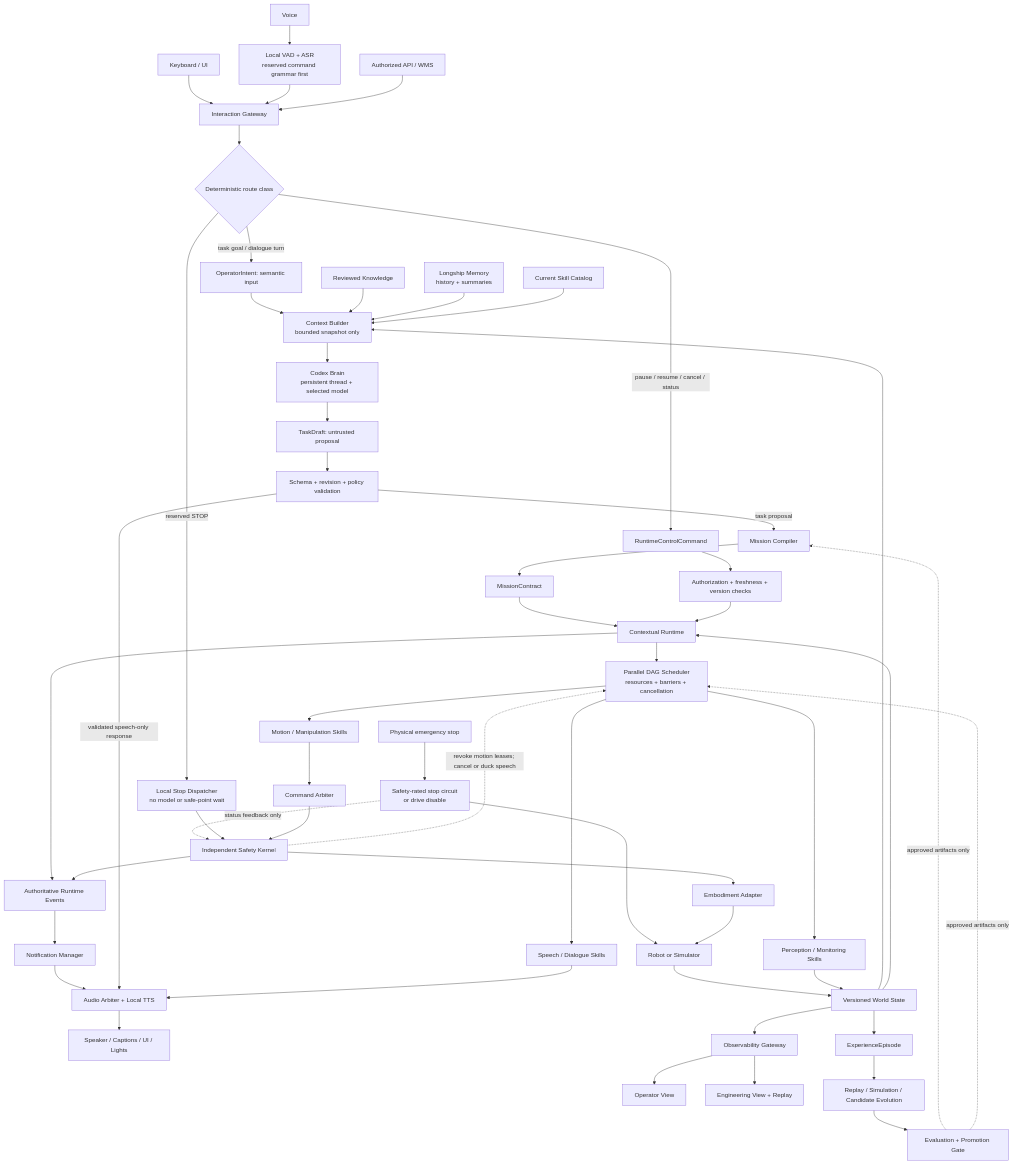
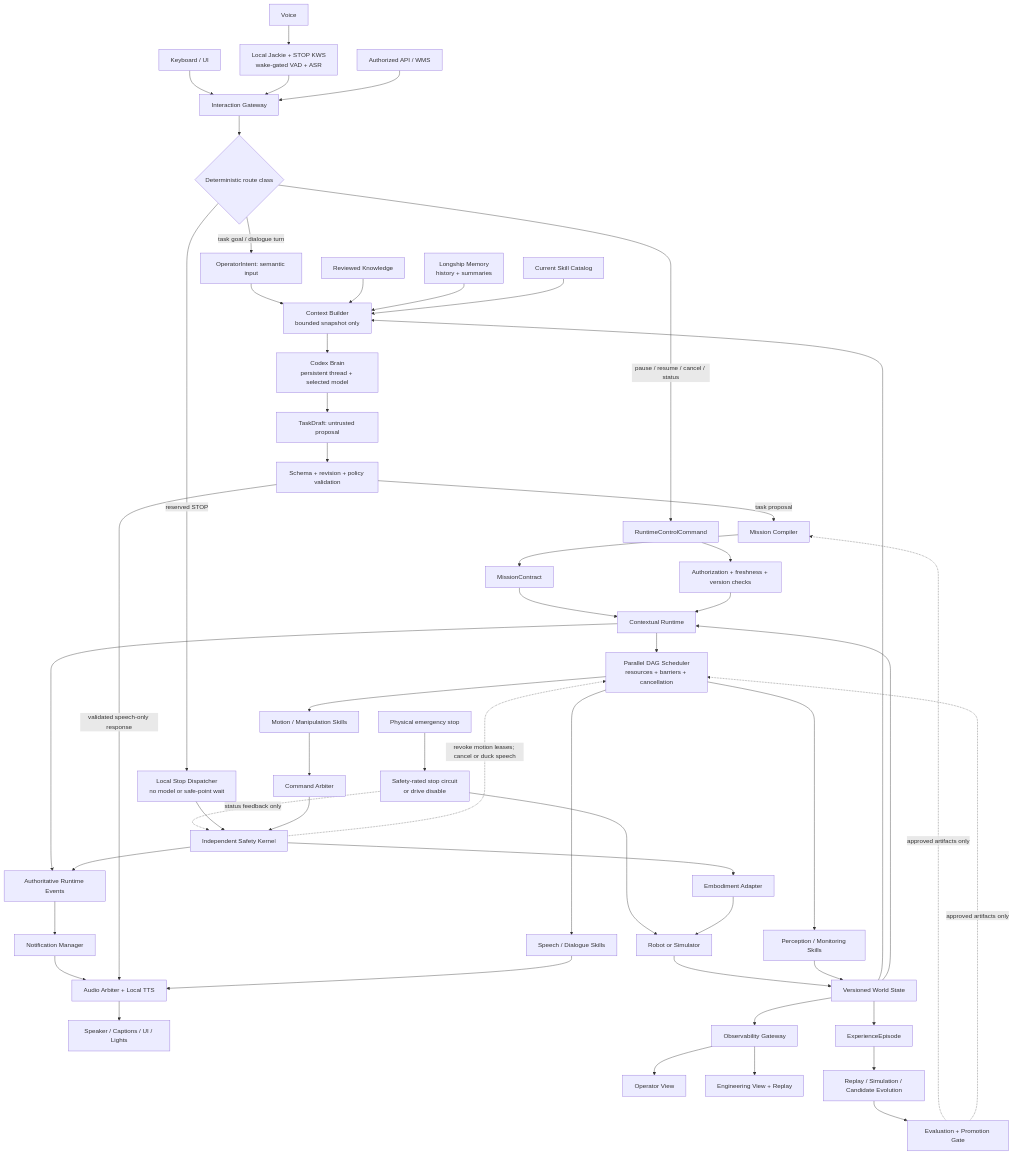
Before and after one commit to echengdee/longship: the first of 3 diagrams in docs/architecture/system-architecture-v2.md, drawn with Mermaid. The commit also changed other lines of this file and 14 other files, not shown here.

Commit message:
feat: add Jackie wake dictation boundary

````diff
--- a/docs/architecture/system-architecture-v2.md
+++ b/docs/architecture/system-architecture-v2.md
@@ -65,63 +65,63 @@
 ```mermaid
 flowchart TB
-    Voice["Voice"] --> VoiceFront["Local VAD + ASR<br/>reserved command grammar first"]
+    Voice["Voice"] --> VoiceFront["Local Jackie + STOP KWS<br/>wake-gated VAD + ASR"]
     Keys["Keyboard / UI"] --> IG["Interaction Gateway"]
     VoiceFront --> IG
     WMS["Authorized API / WMS"] --> IG
     IG --> Route{"Deterministic route class"}
 
     Route -->|task goal / dialogue turn| Intent["OperatorIntent: semantic input"]
     Intent --> Context["Context Builder<br/>bounded snapshot only"]
     Knowledge["Reviewed Knowledge"] --> Context
     Memory["Longship Memory<br/>history + summaries"] --> Context
     SkillsView["Current Skill Catalog"] --> Context
     State --> Context
     Context --> Brain["Codex Brain<br/>persistent thread + selected model"]
     Brain --> Draft["TaskDraft: untrusted proposal"]
     Draft --> DecisionGate["Schema + revision + policy validation"]
     DecisionGate -->|task proposal| Compiler["Mission Compiler"]
     Compiler --> Mission["MissionContract"]
     Mission --> Runtime["Contextual Runtime"]
 
     Route -->|pause / resume / cancel / status| Control["RuntimeControlCommand"]
     Control --> ControlCheck["Authorization + freshness + version checks"]
     ControlCheck --> Runtime
 
     Route -->|reserved STOP| Stop["Local Stop Dispatcher<br/>no model or safe-point wait"]
     Physical["Physical emergency stop"] --> HardStop["Safety-rated stop circuit<br/>or drive disable"]
     HardStop --> Target
     HardStop -. "status feedback only" .-> Safety["Independent Safety Kernel"]
     Stop --> Safety
 
     Runtime --> Scheduler["Parallel DAG Scheduler<br/>resources + barriers + cancellation"]
     Scheduler --> Motion["Motion / Manipulation Skills"]
     Scheduler --> Interaction["Speech / Dialogue Skills"]
     Scheduler --> Perception["Perception / Monitoring Skills"]
 
     Motion --> Arbiter["Command Arbiter"]
     Arbiter --> Safety
     Safety --> Adapter["Embodiment Adapter"]
     Adapter --> Target["Robot or Simulator"]
 
     Runtime --> Events["Authoritative Runtime Events"]
     Safety --> Events
     Events --> Notify["Notification Manager"]
     Notify --> Audio["Audio Arbiter + Local TTS"]
     DecisionGate -->|validated speech-only response| Audio
     Interaction --> Audio
     Audio --> Outputs["Speaker / Captions / UI / Lights"]
 
     Target --> State["Versioned World State"]
     Perception --> State
     State --> Runtime
     State --> Obs["Observability Gateway"]
     Obs --> Operator["Operator View"]
     Obs --> Engineer["Engineering View + Replay"]
     State --> Episode["ExperienceEpisode"]
     Episode --> Evolution["Replay / Simulation / Candidate Evolution"]
     Evolution --> Eval["Evaluation + Promotion Gate"]
     Eval -. approved artifacts only .-> Compiler
     Eval -. approved artifacts only .-> Scheduler
 
     Safety -. "revoke motion leases; cancel or duck speech" .-> Scheduler
 ```
````
